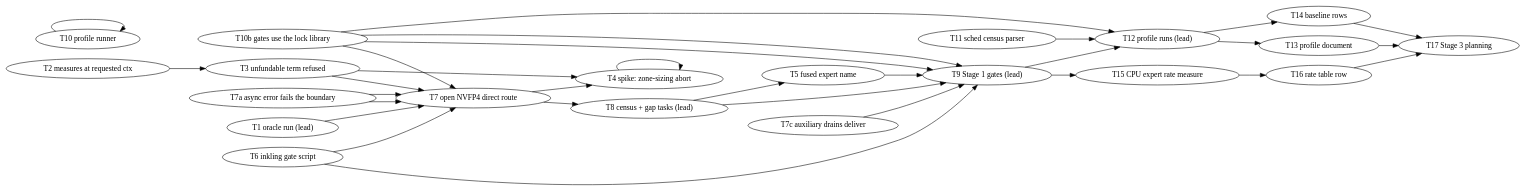
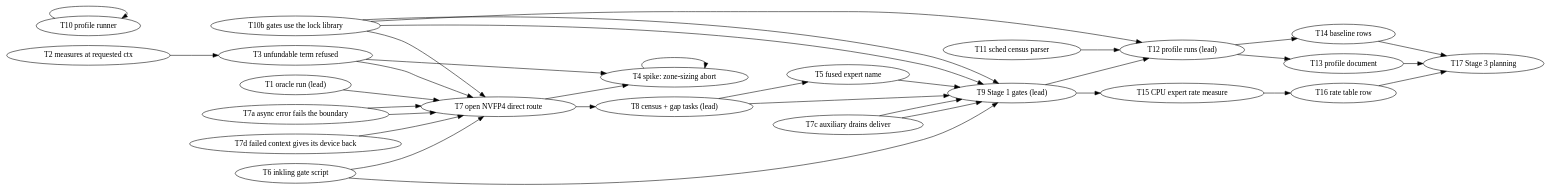
Before and after one commit to kainlan/llama.cpp-intel-optimizations: the diagram in docs/plans/2026-11-21-inkling2-mini-sycl-enable-profile-optimize.md, drawn with Graphviz. The commit also changed other lines of this file and 1 other file, not shown here.

First line of the commit message:
plan: Task 7a's two found defects, Task 7d, and the GPT-OSS B50 default-context fault (Task 6c)

````diff
--- a/docs/plans/2026-11-21-inkling2-mini-sycl-enable-profile-optimize.md
+++ b/docs/plans/2026-11-21-inkling2-mini-sycl-enable-profile-optimize.md
@@ -92,34 +94,36 @@
 ```dot
 digraph dependencies {
     rankdir=LR;
     1  [label="T1 oracle run (lead)"];
     2  [label="T2 measures at requested ctx"];
     3  [label="T3 unfundable term refused"];
     4  [label="T4 spike: zone-sizing abort"];
     4b [label="T4b zone-sizing refusal"];
     5  [label="T5 fused expert name"];
     6  [label="T6 inkling gate script"];
     6b [label="T6b GPT-OSS gate without -ngl"];
+    6c [label="T6c spike: GPT-OSS default context loses the B50"];
     7a [label="T7a async error fails the boundary"];
+    7d [label="T7d failed context gives its device back"];
     7b [label="T7b every queue has the handler"];
     7c [label="T7c auxiliary drains deliver"];
     7  [label="T7 open NVFP4 direct route"];
     8  [label="T8 census + gap tasks (lead)"];
     9  [label="T9 Stage 1 gates (lead)"];
     10 [label="T10 profile runner"];
     10b [label="T10b gates use the lock library"];
     11 [label="T11 sched census parser"];
     12 [label="T12 profile runs (lead)"];
     13 [label="T13 profile document"];
     14 [label="T14 baseline rows"];
     15 [label="T15 CPU expert rate measure"];
     16 [label="T16 rate table row"];
     17 [label="T17 Stage 3 planning"];
     2 -> 3; 3 -> 4b; 4 -> 4b; 7 -> 4b; 8 -> 5;
-    1 -> 7a; 7a -> 7; 7a -> 7b; 3 -> 7; 6 -> 7; 7 -> 8;
+    1 -> 7a; 7a -> 7; 7a -> 7d; 7d -> 7b; 3 -> 7; 6 -> 7; 7 -> 8; 6c -> 9;
     8 -> 9; 6 -> 9; 6b -> 9; 4b -> 9; 5 -> 9; 7b -> 7c; 7c -> 9;
     9 -> 12; 10 -> 10b; 10b -> 12; 11 -> 12;
     12 -> 13; 12 -> 14; 9 -> 15; 15 -> 16;
     13 -> 17; 14 -> 17; 16 -> 17;
 }
 ```
````
